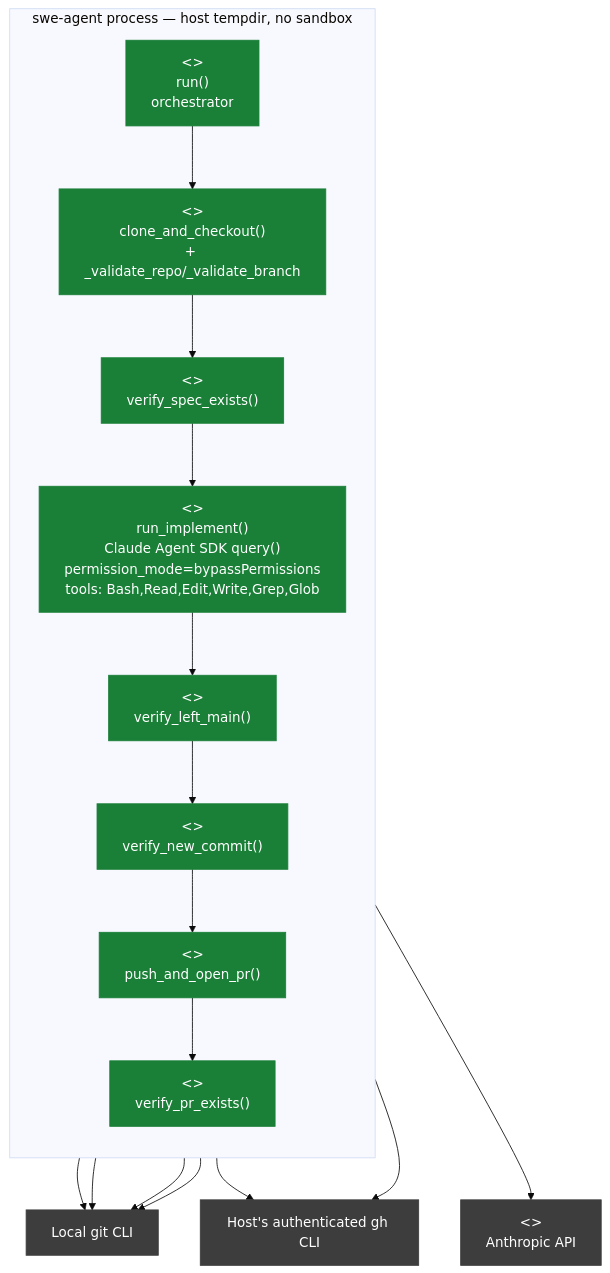
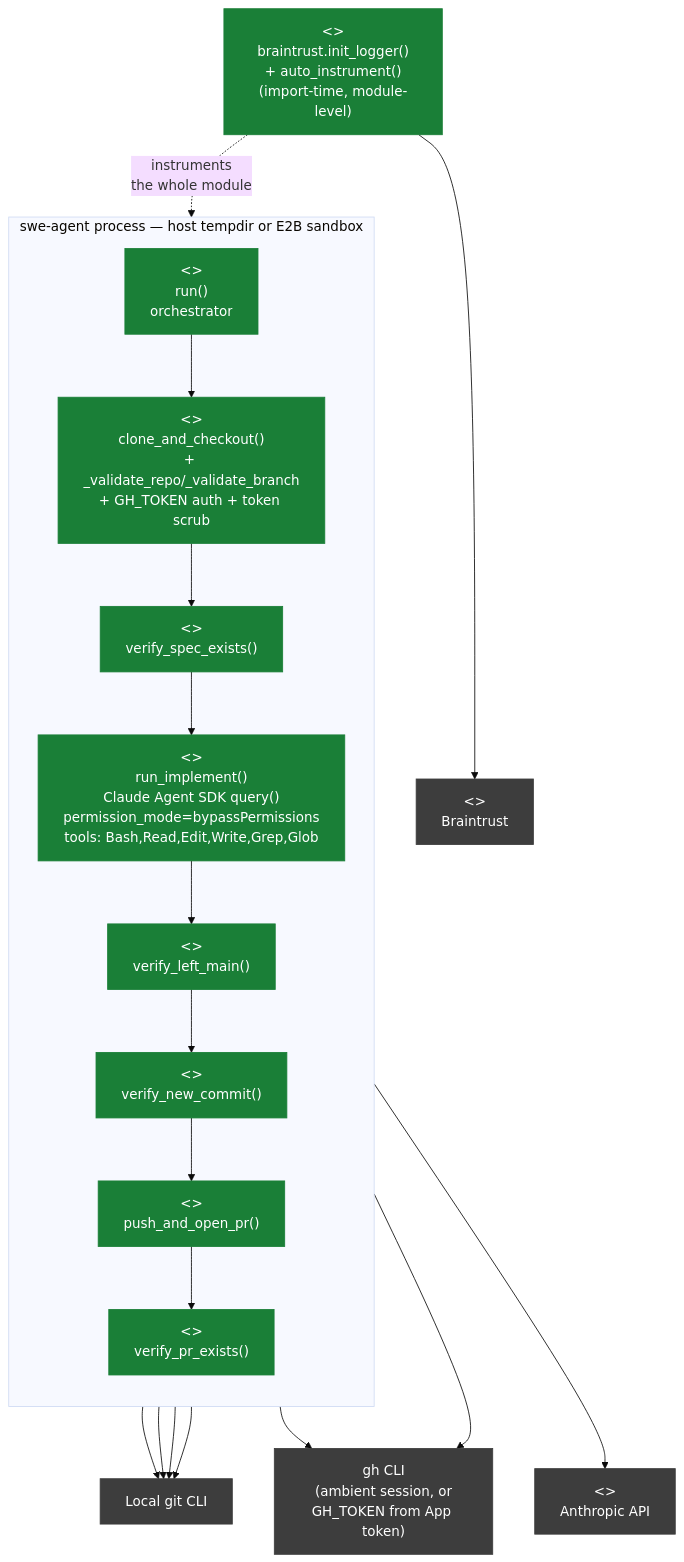
One commit to aheumaier/agentic_factory changed the diagram in docs/30-c4-component-swe-agent.md. Above: the diagram before and after it, drawn with Mermaid (base theme). The commit also changed other lines of this file and 24 other files, not shown here.

````diff
--- a/docs/30-c4-component-swe-agent.md
+++ b/docs/30-c4-component-swe-agent.md
@@ -9,30 +12,34 @@
 ```mermaid
 flowchart TB
-    subgraph process["swe-agent process — host tempdir, no sandbox"]
+    subgraph process["swe-agent process — host tempdir or E2B sandbox"]
         direction TB
         run["<<Component>>\nrun()\norchestrator"]:::real
-        clone["<<Component>>\nclone_and_checkout()\n+ _validate_repo/_validate_branch"]:::real
+        clone["<<Component>>\nclone_and_checkout()\n+ _validate_repo/_validate_branch\n+ GH_TOKEN auth + token scrub"]:::real
         verifyspec["<<Component>>\nverify_spec_exists()"]:::real
         implement["<<Component>>\nrun_implement()\nClaude Agent SDK query()\npermission_mode=bypassPermissions\ntools: Bash,Read,Edit,Write,Grep,Glob"]:::real
         verifymain["<<Component>>\nverify_left_main()"]:::real
         verifycommit["<<Component>>\nverify_new_commit()"]:::real
         pushpr["<<Component>>\npush_and_open_pr()"]:::real
         verifypr["<<Component>>\nverify_pr_exists()"]:::real
     end
 
+    tracing["<<Component>>\nbraintrust.init_logger()\n+ auto_instrument()\n(import-time, module-level)"]:::real
     git["Local git CLI"]:::ext
-    gh["Host's authenticated gh CLI"]:::ext
+    gh["gh CLI\n(ambient session, or\nGH_TOKEN from App token)"]:::ext
     anthropic["<<System>>\nAnthropic API"]:::ext
+    braintrust["<<System>>\nBraintrust"]:::ext
 
     run --> clone --> verifyspec --> implement --> verifymain --> verifycommit --> pushpr --> verifypr
     clone --> git
     verifymain --> git
     verifycommit --> git
     pushpr --> git
     pushpr --> gh
     verifypr --> gh
     implement --> anthropic
+    tracing -.->|"instruments\nthe whole module"| run
+    tracing --> braintrust
 
     classDef real fill:#1a7f37,stroke:#1a7f37,color:#fff
     classDef ext fill:#3d3d3d,stroke:#3d3d3d,color:#fff
 ```
````
